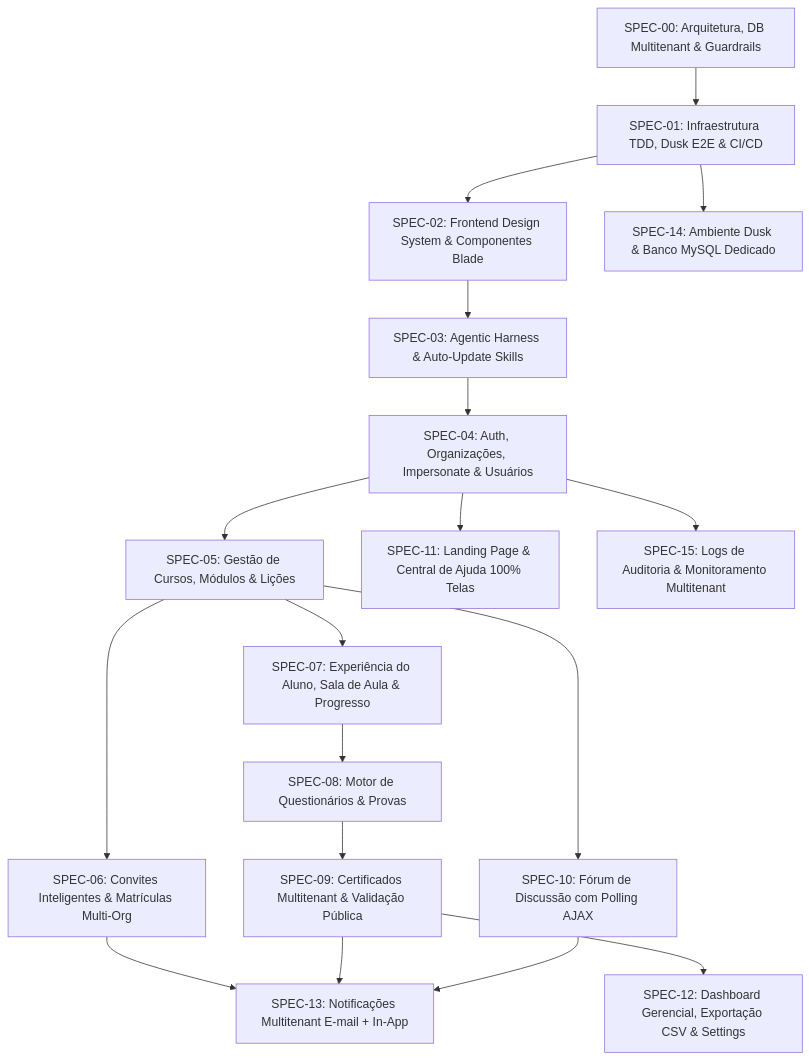
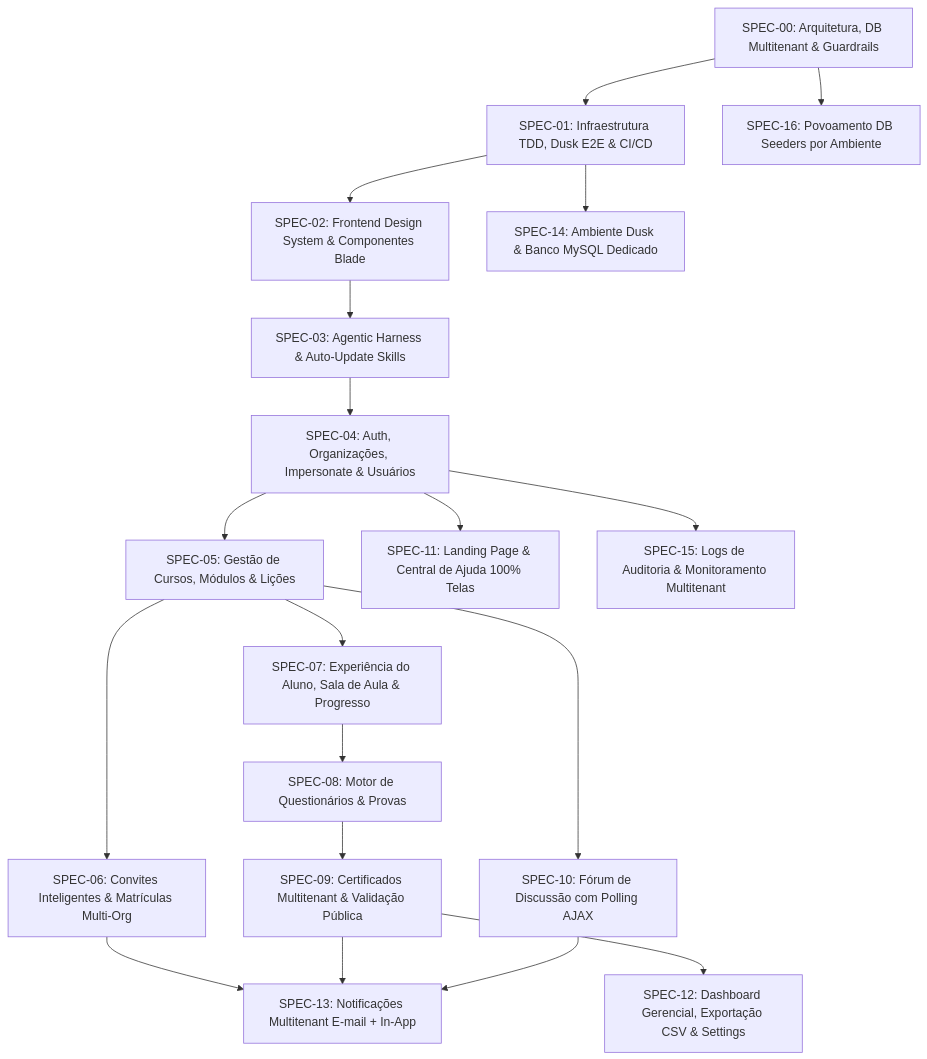
The diagram in spec/specs/README.md (rafadepaula/plataforma_ead), drawn with Mermaid before and after one commit. The commit also changed other lines of this file and 19 other files, not shown here.

````diff
--- a/spec/specs/README.md
+++ b/spec/specs/README.md
@@ -9,20 +9,21 @@
 ```mermaid
 graph TD
     S00[SPEC-00: Arquitetura, DB Multitenant & Guardrails] --> S01[SPEC-01: Infraestrutura TDD, Dusk E2E & CI/CD]
     S01 --> S02[SPEC-02: Frontend Design System & Componentes Blade]
     S02 --> S03[SPEC-03: Agentic Harness & Auto-Update Skills]
     S03 --> S04[SPEC-04: Auth, Organizações, Impersonate & Usuários]
     S04 --> S05[SPEC-05: Gestão de Cursos, Módulos & Lições]
     S05 --> S06[SPEC-06: Convites Inteligentes & Matrículas Multi-Org]
     S05 --> S07[SPEC-07: Experiência do Aluno, Sala de Aula & Progresso]
     S07 --> S08[SPEC-08: Motor de Questionários & Provas]
     S08 --> S09[SPEC-09: Certificados Multitenant & Validação Pública]
     S05 --> S10[SPEC-10: Fórum de Discussão com Polling AJAX]
     S04 --> S11[SPEC-11: Landing Page & Central de Ajuda 100% Telas]
     S09 --> S12[SPEC-12: Dashboard Gerencial, Exportação CSV & Settings]
     S06 --> S13[SPEC-13: Notificações Multitenant E-mail + In-App]
     S09 --> S13
     S10 --> S13
     S01 --> S14[SPEC-14: Ambiente Dusk & Banco MySQL Dedicado]
     S04 --> S15[SPEC-15: Logs de Auditoria & Monitoramento Multitenant]
+    S00 --> S16[SPEC-16: Povoamento DB Seeders por Ambiente]
 ```
````
